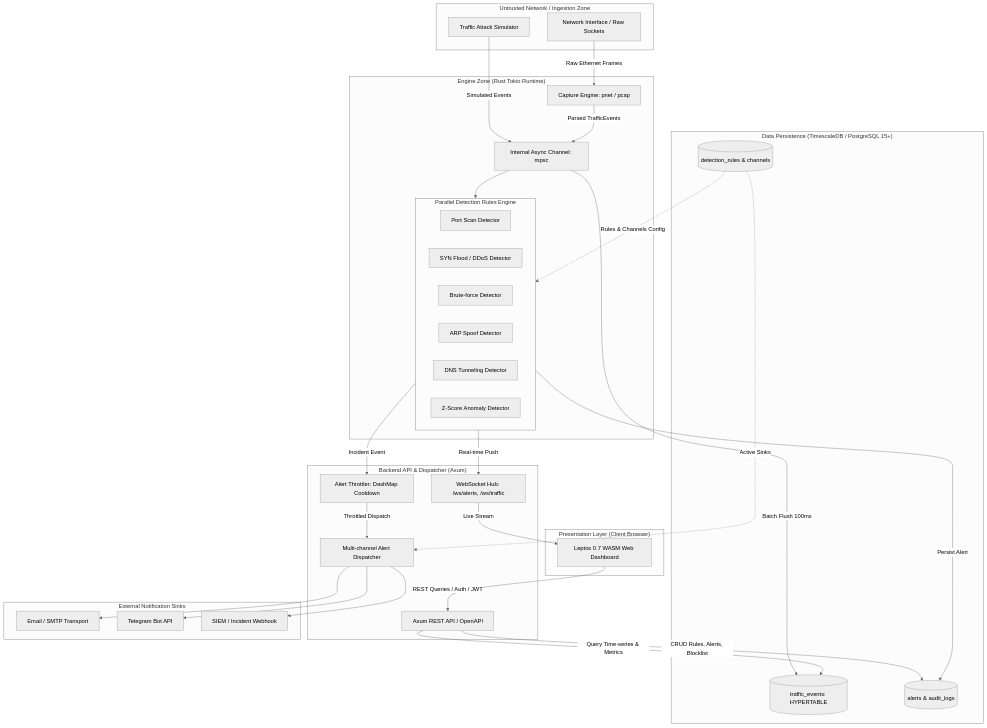
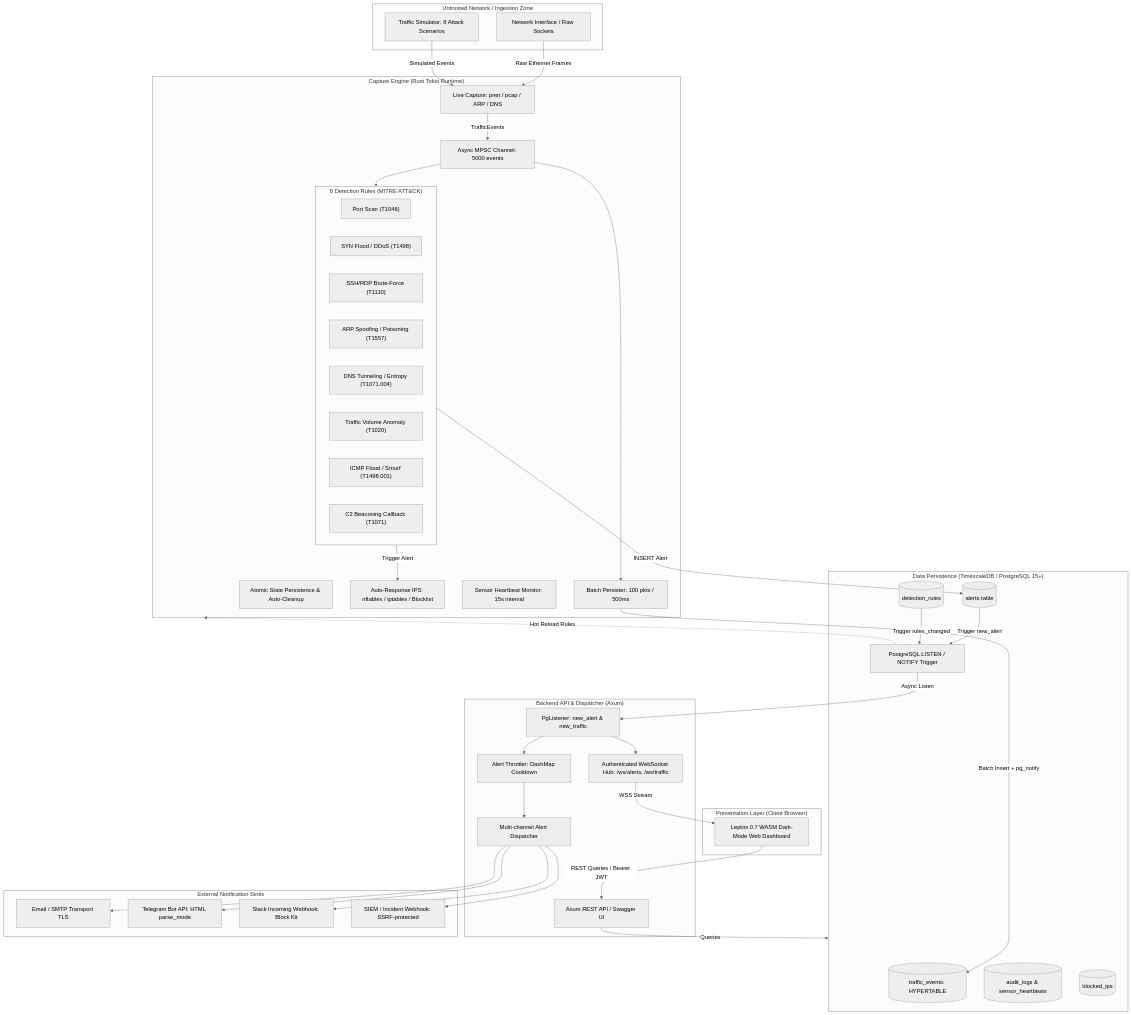
One commit to nguyenlinhit-cpu/Real-time-Network-Security-Analytics-Alerting-System changed the diagram in README.md. Above: the diagram before and after it, drawn with Mermaid (neutral theme). The commit also changed other lines of this file and 6 other files, not shown here.

Commit message:
refactor: replace js_sys::eval with web_sys APIs and include MITRE metadata in alert reports and queries

````diff
--- a/README.md
+++ b/README.md
@@ -12,66 +12,82 @@
 flowchart TD
     subgraph Untrusted_Zone ["Untrusted Network / Ingestion Zone"]
         Net[Network Interface / Raw Sockets]
-        Sim[Traffic Attack Simulator]
+        Sim[Traffic Simulator: 8 Attack Scenarios]
     end
 
-    subgraph Core_Engine ["Engine Zone (Rust Tokio Runtime)"]
-        Capture[Capture Engine: pnet / pcap]
-        RingBuffer[Internal Async Channel: mpsc]
+    subgraph Core_Engine ["Capture Engine (Rust Tokio Runtime)"]
+        Capture[Live Capture: pnet / pcap / ARP / DNS]
+        TrafficBuf[Async MPSC Channel: 5000 events]
+        BatchPersist[Batch Persister: 100 pkts / 500ms]
         
-        subgraph Detection_Pipeline ["Parallel Detection Rules Engine"]
-            R1[Port Scan Detector]
-            R2[SYN Flood / DDoS Detector]
-            R3[Brute-force Detector]
-            R4[ARP Spoof Detector]
-            R5[DNS Tunneling Detector]
-            R6[Z-Score Anomaly Detector]
+        subgraph Detection_Pipeline ["8 Detection Rules (MITRE ATT&CK)"]
+            R1["Port Scan (T1046)"]
+            R2["SYN Flood / DDoS (T1498)"]
+            R3["SSH/RDP Brute-Force (T1110)"]
+            R4["ARP Spoofing / Poisoning (T1557)"]
+            R5["DNS Tunneling / Entropy (T1071.004)"]
+            R6["Traffic Volume Anomaly (T1020)"]
+            R7["ICMP Flood / Smurf (T1498.001)"]
+            R8["C2 Beaconing Callback (T1071)"]
         end
+
+        StateSnap[Atomic State Persistence & Auto-Cleanup]
+        AutoIPS[Auto-Response IPS: nftables / iptables / Blocklist]
+        SensorHB[Sensor Heartbeat Monitor: 15s interval]
     end
 
     subgraph Data_Storage ["Data Persistence (TimescaleDB / PostgreSQL 15+)"]
         DB_Hyper[(traffic_events: HYPERTABLE)]
-        DB_Alerts[(alerts & audit_logs)]
-        DB_Config[(detection_rules & channels)]
+        DB_Alerts[(alerts table)]
+        DB_Rules[(detection_rules)]
+        DB_Audit[(audit_logs & sensor_heartbeats)]
+        DB_Block[(blocked_ips)]
+        PG_Notify["PostgreSQL LISTEN / NOTIFY Trigger"]
     end
 
     subgraph API_Alerting ["Backend API & Dispatcher (Axum)"]
-        API[Axum REST API / OpenAPI]
-        WS[WebSocket Hub: /ws/alerts, /ws/traffic]
+        API[Axum REST API / Swagger UI]
+        PgListener[PgListener: new_alert & new_traffic]
+        WS[Authenticated WebSocket Hub: /ws/alerts, /ws/traffic]
         Dispatcher[Multi-channel Alert Dispatcher]
         Throttler[Alert Throttler: DashMap Cooldown]
     end
 
     subgraph Notification_Channels ["External Notification Sinks"]
-        Email[Email / SMTP Transport]
-        TG[Telegram Bot API]
-        Hook[SIEM / Incident Webhook]
+        Email[Email / SMTP Transport TLS]
+        TG[Telegram Bot API: HTML parse_mode]
+        Slack[Slack Incoming Webhook: Block Kit]
+        Hook[SIEM / Incident Webhook: SSRF-protected]
     end
 
     subgraph Presentation_Layer ["Presentation Layer (Client Browser)"]
-        UI[Leptos 0.7 WASM Web Dashboard]
+        UI[Leptos 0.7 WASM Dark-Mode Web Dashboard]
     end
 
     Net -->|Raw Ethernet Frames| Capture
-    Sim -->|Simulated Events| RingBuffer
-    Capture -->|Parsed TrafficEvents| RingBuffer
-    RingBuffer --> Detection_Pipeline
-    RingBuffer -->|Batch Flush 100ms| DB_Hyper
+    Sim -->|Simulated Events| Capture
+    Capture -->|TrafficEvents| TrafficBuf
+    TrafficBuf --> Detection_Pipeline
+    TrafficBuf --> BatchPersist
+    BatchPersist -->|Batch Insert + pg_notify| DB_Hyper
 
-    Detection_Pipeline -->|Persist Alert| DB_Alerts
-    Detection_Pipeline -->|Real-time Push| WS
-    Detection_Pipeline -->|Incident Event| Throttler
-    Throttler -->|Throttled Dispatch| Dispatcher
+    Detection_Pipeline -->|Trigger Alert| AutoIPS
+    Detection_Pipeline -->|INSERT Alert| DB_Alerts
+    DB_Alerts -->|Trigger new_alert| PG_Notify
+    DB_Rules -->|Trigger rules_changed| PG_Notify
 
-    DB_Config -.->|Rules & Channels Config| Detection_Pipeline
-    DB_Config -.->|Active Sinks| Dispatcher
+    PG_Notify -->|Async Listen| PgListener
+    PG_Notify -.->|Hot Reload Rules| Core_Engine
+    PgListener --> WS
+    PgListener --> Throttler
+    Throttler --> Dispatcher
 
     Dispatcher --> Email
     Dispatcher --> TG
+    Dispatcher --> Slack
     Dispatcher --> Hook
 
-    WS -->|Live Stream| UI
-    UI -->|REST Queries / Auth / JWT| API
-    API -->|Query Time-series & Metrics| DB_Hyper
-    API -->|CRUD Rules, Alerts, Blocklist| DB_Alerts
+    WS -->|WSS Stream| UI
+    UI -->|REST Queries / Bearer JWT| API
+    API -->|Queries| Data_Storage
 ```
````
